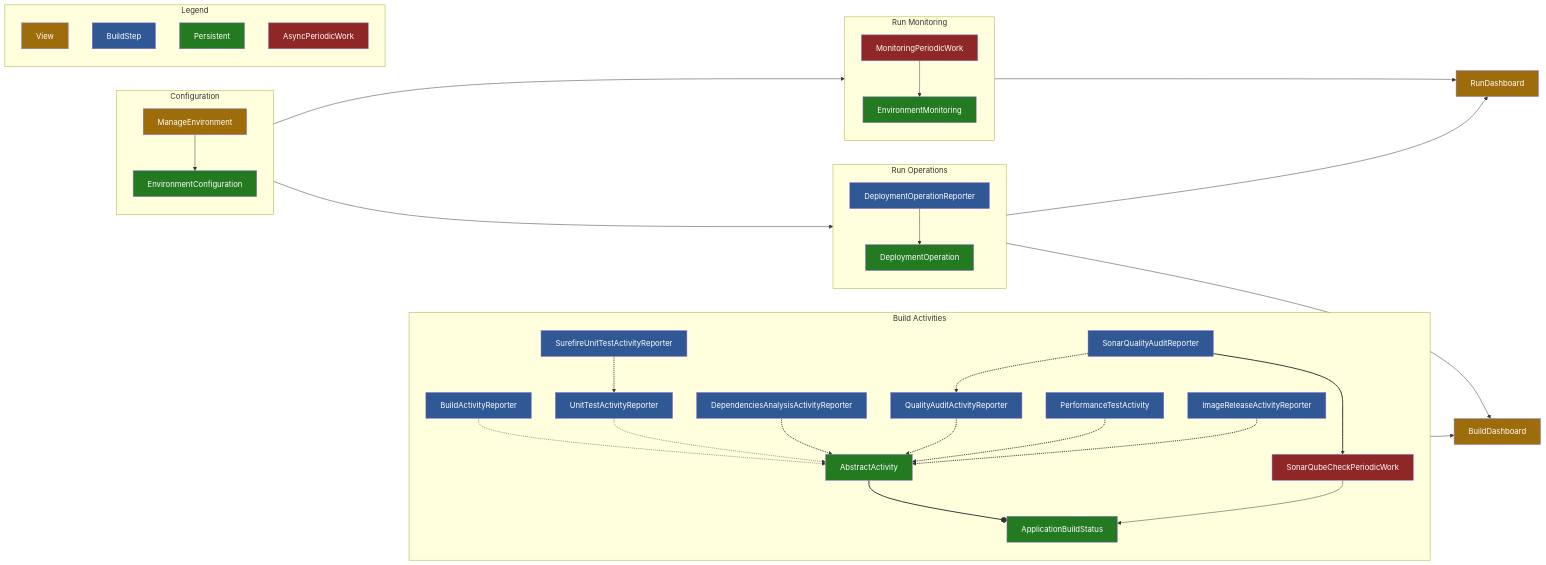
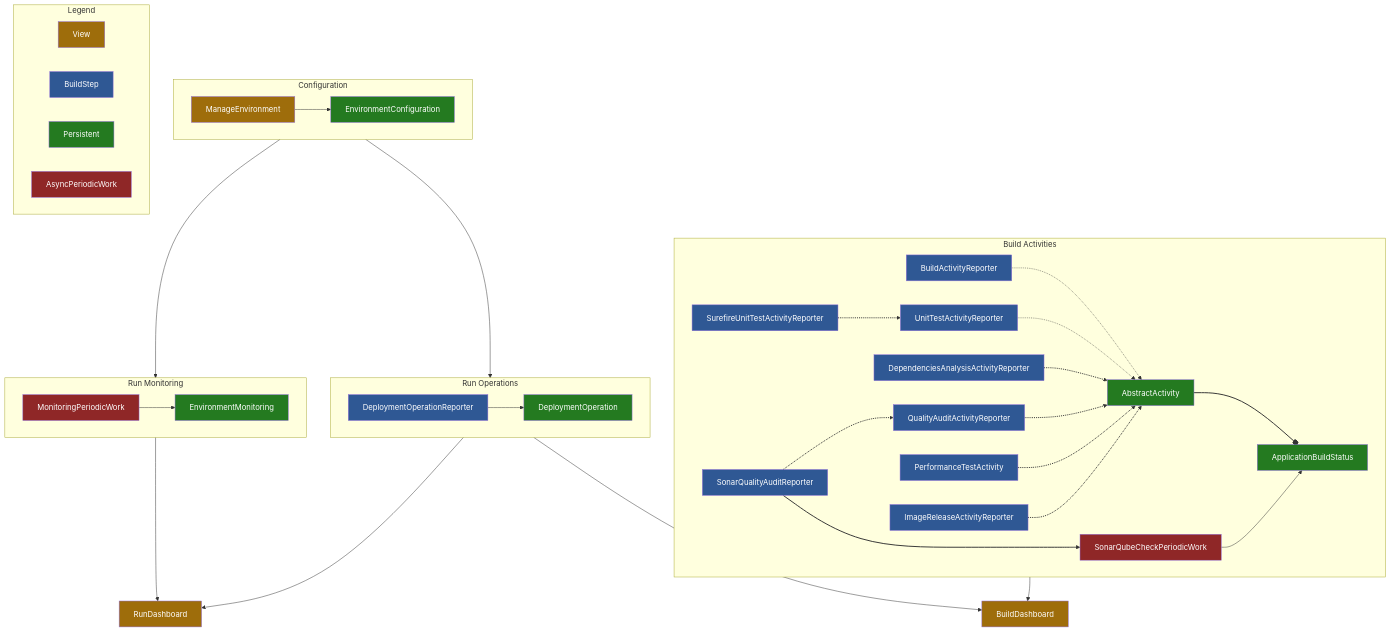
Before and after one commit to jenkinsci/devops-portal-plugin: the diagram in README.md, drawn with Mermaid.

````diff
--- a/README.md
+++ b/README.md
@@ -378,50 +378,50 @@
 ```mermaid
-flowchart LR
+flowchart TD
 
     subgraph Configuration
     ManageEnvironment:::view --> EnvironmentConfiguration:::entity
     end
     
     subgraph BuildActivities[Build Activities]
     BuildActivityReporter:::reporter -.-> AbstractActivity:::entity
     UnitTestActivityReporter:::reporter -.-> AbstractActivity:::entity
     SurefireUnitTestActivityReporter:::reporter -.-> UnitTestActivityReporter:::reporter
     DependenciesAnalysisActivityReporter:::reporter -.-> AbstractActivity:::entity
     QualityAuditActivityReporter:::reporter -.-> AbstractActivity:::entity
     SonarQualityAuditReporter:::reporter -.-> QualityAuditActivityReporter:::reporter
     PerformanceTestActivity:::reporter -.-> AbstractActivity:::entity
     ImageReleaseActivityReporter:::reporter -.-> AbstractActivity:::entity
     AbstractActivity:::entity --o ApplicationBuildStatus:::entity
     SonarQualityAuditReporter:::reporter --> SonarQubeCheckPeriodicWork:::worker
     SonarQubeCheckPeriodicWork:::worker --> ApplicationBuildStatus:::entity
     end
 
     subgraph Legend
     View:::view
     BuildStep:::reporter
     Persistent:::entity
     AsyncPeriodicWork:::worker
     end
     
     subgraph RunOperations[Run Operations]
     DeploymentOperationReporter:::reporter --> DeploymentOperation:::entity
     end
     
     subgraph RunMonitoring[Run Monitoring]
     MonitoringPeriodicWork:::worker --> EnvironmentMonitoring:::entity
     end
    
     
     Configuration --> RunOperations
     Configuration --> RunMonitoring
     RunOperations --> RunDashboard:::view
     RunMonitoring --> RunDashboard:::view
     BuildActivities --> BuildDashboard:::view
     RunOperations --> BuildDashboard:::view
     
     classDef view fill:#9e6d0b,color:#fff
     classDef reporter fill:#2f5894,color:#fff
     classDef entity fill:#247a20,color:#fff
     classDef worker fill:#8f2727,color:#fff
     linkStyle 3,4,5,6,7,8,9,10 stroke-width:2px,fill:none
 ```
````
